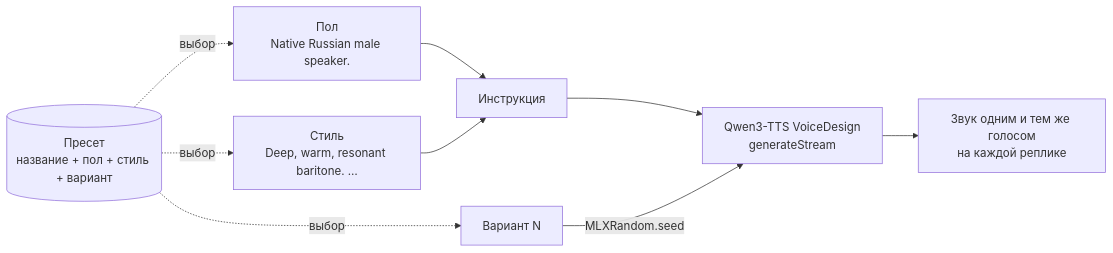
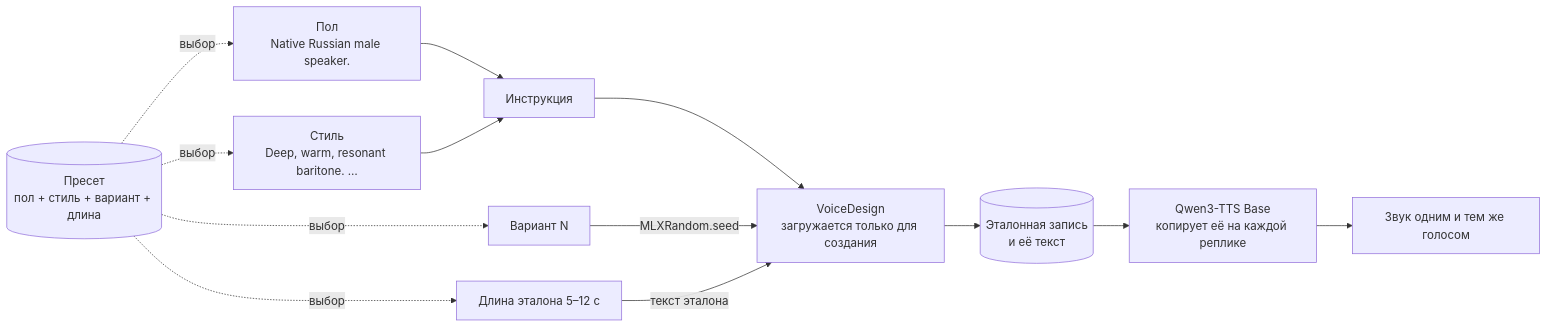
Before and after one commit to andrew-ignatiev/screen-voice: the fifth of 5 diagrams in README.ru.md, drawn with Mermaid. The commit also changed other lines of this file and 49 other files, not shown here.

First line of the commit message:
Add Base voice cloning, Russian stress marks, voice import and catch-up speed

````diff
--- a/README.ru.md
+++ b/README.ru.md
@@ -293,9 +306,12 @@
 ```mermaid
 flowchart LR
     G["Пол<br/>Native Russian male speaker."] --> I[Инструкция]
     S["Стиль<br/>Deep, warm, resonant baritone. …"] --> I
-    I --> M["Qwen3-TTS VoiceDesign<br/>generateStream"]
-    V["Вариант N"] -->|MLXRandom.seed| M
-    M --> A["Звук одним и тем же голосом<br/>на каждой реплике"]
-    P[("Пресет<br/>название + пол + стиль + вариант")] -.->|выбор| G & S & V
+    I --> D["VoiceDesign<br/>загружается только для создания"]
+    V["Вариант N"] -->|MLXRandom.seed| D
+    L["Длина эталона 5–12 с"] -->|текст эталона| D
+    D --> R[("Эталонная запись<br/>и её текст")]
+    R --> B["Qwen3-TTS Base<br/>копирует её на каждой реплике"]
+    B --> A["Звук одним и тем же голосом"]
+    P[("Пресет<br/>пол + стиль + вариант + длина")] -.->|выбор| G & S & V & L
 ```
````
